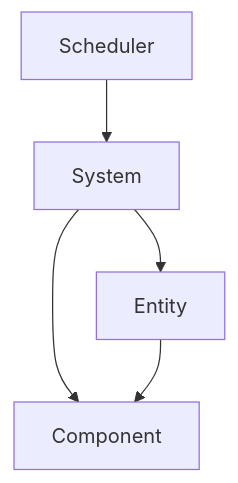
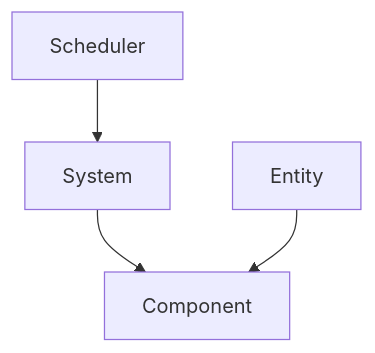
The diagram in docs/for_users/getting_started.md (arthurmaul/ECSpo), drawn with Mermaid before and after one commit.

Commit message:
doc: updated graph

````diff
--- a/docs/for_users/getting_started.md
+++ b/docs/for_users/getting_started.md
@@ -1,7 +1,6 @@
 ```mermaid
 graph TD;
     System-->Component;
     Entity-->Component;
     Scheduler-->System;
-    System-->Entity;
 ```
````
